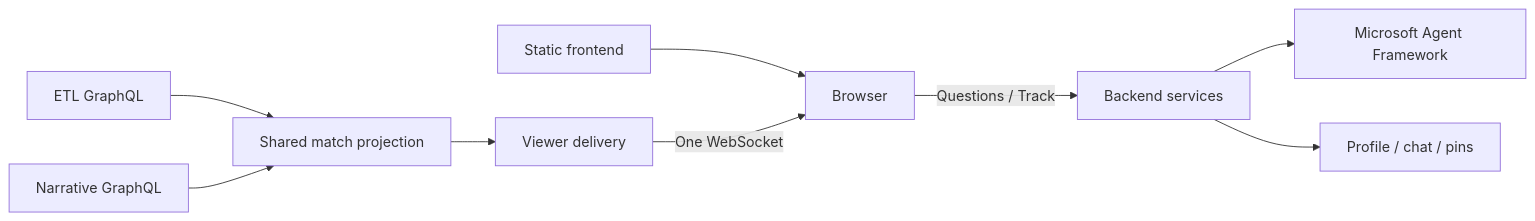
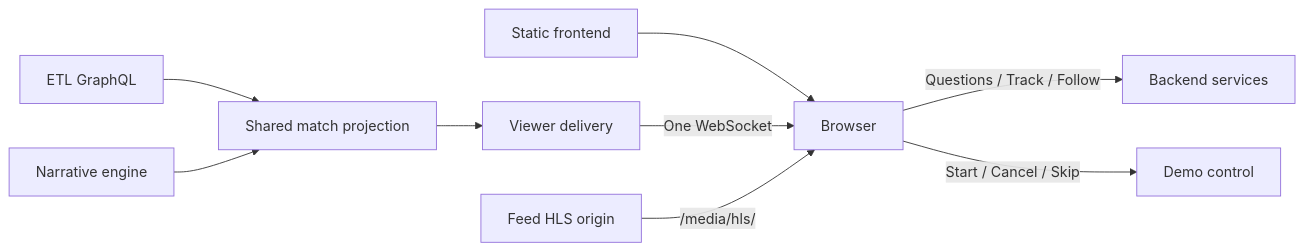
Before and after one commit to taka6745/insidethegame: the diagram in frontend/docs/architecture.md, drawn with Mermaid. The commit also changed other lines of this file and 17 other files, not shown here.

````diff
--- a/frontend/docs/architecture.md
+++ b/frontend/docs/architecture.md
@@ -12,11 +11,11 @@
 ```mermaid
 flowchart LR
     CDN[Static frontend] --> B[Browser]
     E[ETL GraphQL] --> P[Shared match projection]
-    N[Narrative GraphQL] --> P
+    N[Narrative engine] --> P
     P --> G[Viewer delivery]
     G -->|One WebSocket| B
-    B -->|Questions / Track| API[Backend services]
-    API --> Q[Microsoft Agent Framework]
-    API --> DB[Profile / chat / pins]
+    B -->|Questions / Track / Follow| API[Backend services]
+    B -->|Start / Cancel / Skip| D[Demo control]
+    F[Feed HLS origin] -->|/media/hls/| B
 ```
````
